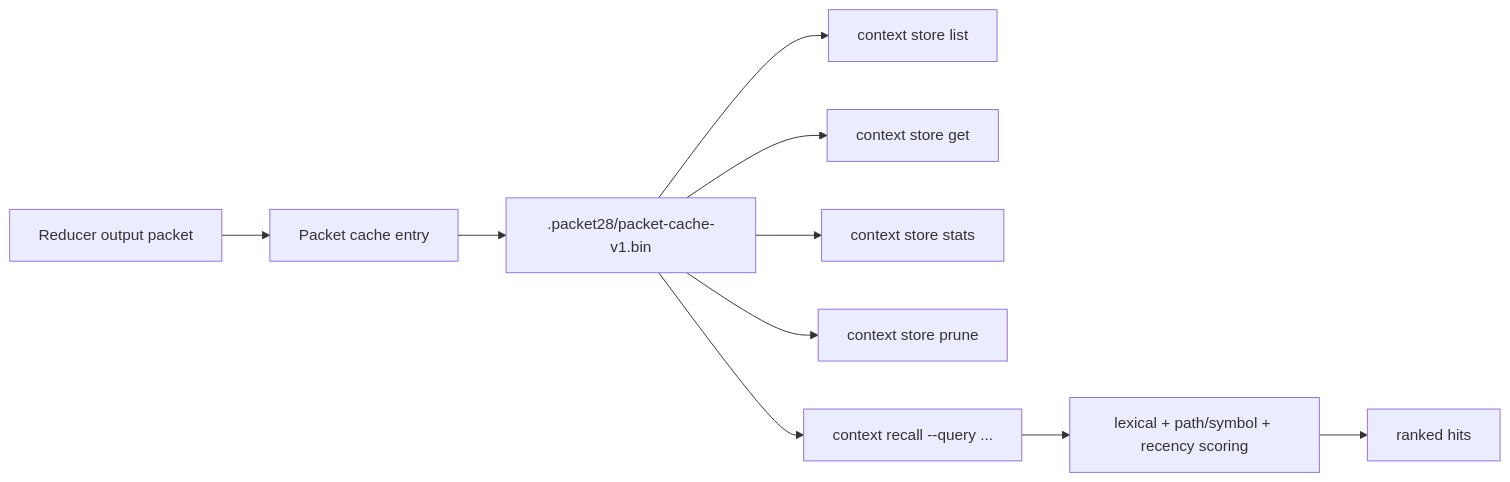
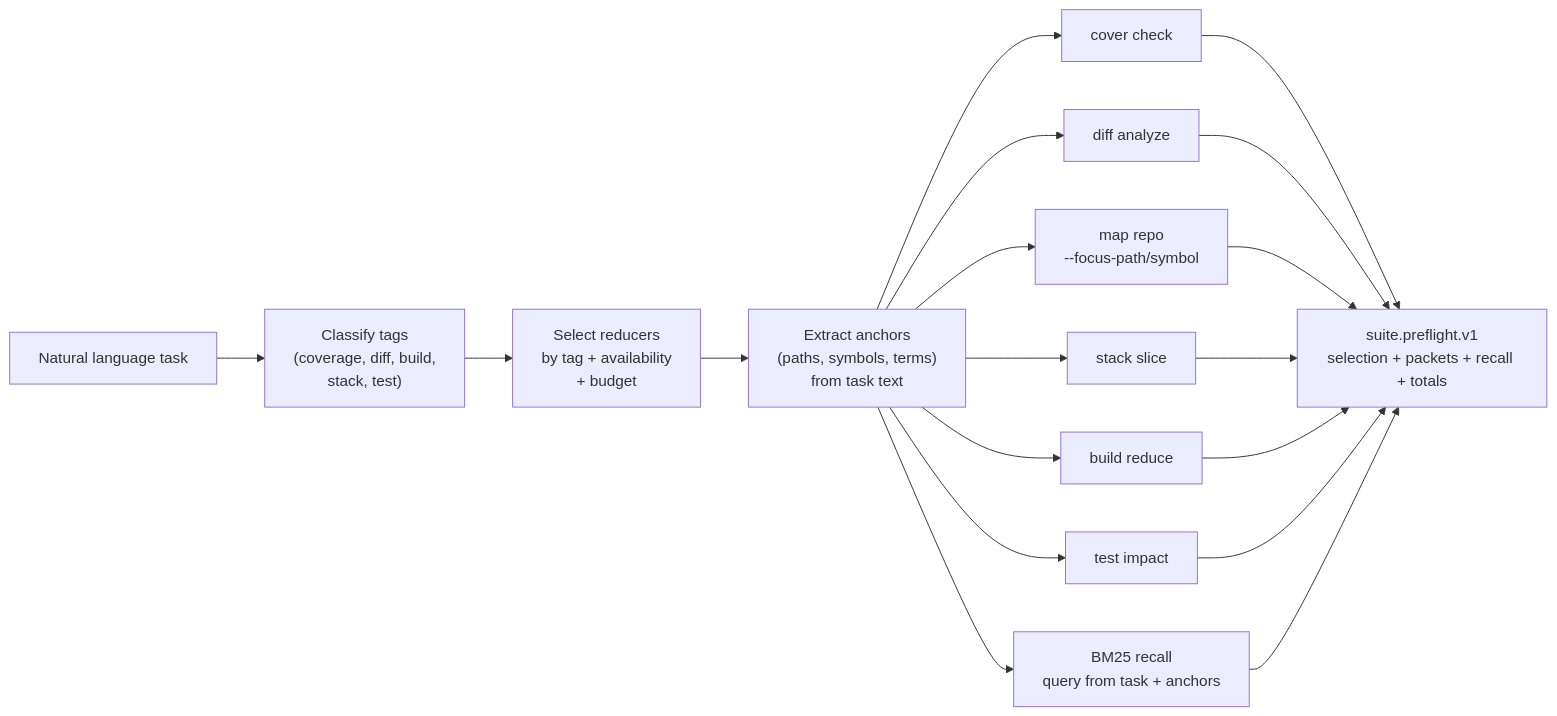
One commit to usharma123/Packet28 changed the fourth of 5 diagrams in README.md. Above: the diagram before and after it, drawn with Mermaid. The commit also changed other lines of this file, not shown here.

````diff
--- a/README.md
+++ b/README.md
@@ -209,12 +384,16 @@
 ```mermaid
 flowchart LR
-  Out["Reducer output packet"] --> Cache["Packet cache entry"]
-  Cache --> Disk[".packet28/packet-cache-v1.bin"]
-  Disk --> List["context store list"]
-  Disk --> Get["context store get"]
-  Disk --> Stats["context store stats"]
-  Disk --> Prune["context store prune"]
-  Disk --> Recall["context recall --query ..."]
-  Recall --> Rank["lexical + path/symbol + recency scoring"]
-  Rank --> Hits["ranked hits"]
+  TASK["Natural language task"] --> CLASSIFY["Classify tags\n(coverage, diff, build,\nstack, test)"]
+  CLASSIFY --> SELECT["Select reducers\nby tag + availability\n+ budget"]
+  SELECT --> ANCHOR["Extract anchors\n(paths, symbols, terms)\nfrom task text"]
+
+  ANCHOR --> COVER["cover check"]
+  ANCHOR --> DIFF["diff analyze"]
+  ANCHOR --> MAP["map repo\n--focus-path/symbol"]
+  ANCHOR --> STACK["stack slice"]
+  ANCHOR --> BUILD["build reduce"]
+  ANCHOR --> IMPACT["test impact"]
+  ANCHOR --> RECALL["BM25 recall\nquery from task + anchors"]
+
+  COVER & DIFF & MAP & STACK & BUILD & IMPACT & RECALL --> RESULT["suite.preflight.v1\nselection + packets + recall + totals"]
 ```
````
